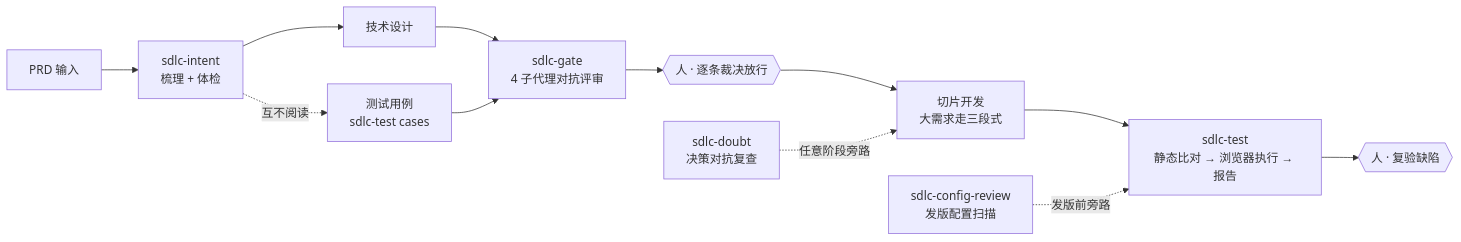
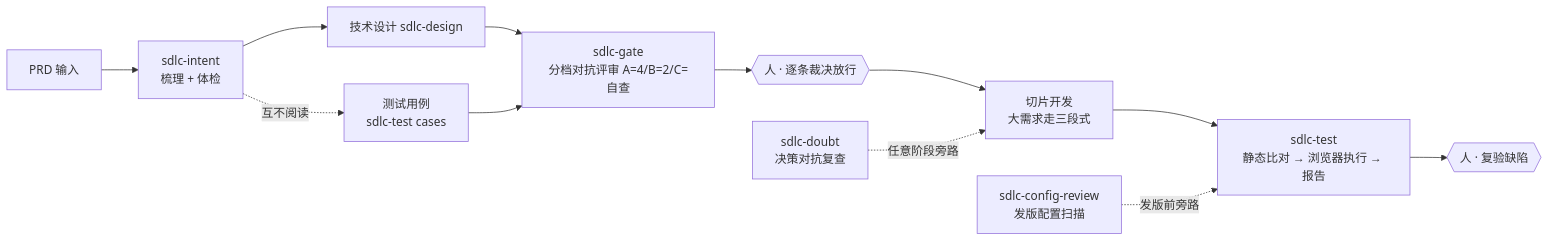
The diagram in README.md (TsCarpe/claude-sdlc-skills), drawn with Mermaid before and after one commit. The commit also changed other lines of this file and 65 other files, not shown here.

First line of the commit message:
feat: v0.12.0 开发双关卡 + v0.13.0 sdlc-design（第 8 个 skill）+ 两轮 CR 修复

````diff
--- a/README.md
+++ b/README.md
@@ -29,14 +29,14 @@
 ```mermaid
 flowchart LR
     A[PRD 输入] --> B[sdlc-intent<br/>梳理 + 体检]
-    B --> C1[技术设计]
+    B --> C1[技术设计 sdlc-design]
     B -.互不阅读.-> C2[测试用例<br/>sdlc-test cases]
-    C1 --> D[sdlc-gate<br/>4 子代理对抗评审]
+    C1 --> D[sdlc-gate<br/>分档对抗评审 A=4/B=2/C=自查]
     C2 --> D
     D --> E{{人 · 逐条裁决放行}}
     E --> F[切片开发<br/>大需求走三段式]
     F --> G[sdlc-test<br/>静态比对 → 浏览器执行 → 报告]
     G --> H{{人 · 复验缺陷}}
     DB[sdlc-doubt<br/>决策对抗复查] -. 任意阶段旁路 .-> F
     CR[sdlc-config-review<br/>发版配置扫描] -. 发版前旁路 .-> G
 ```
````
